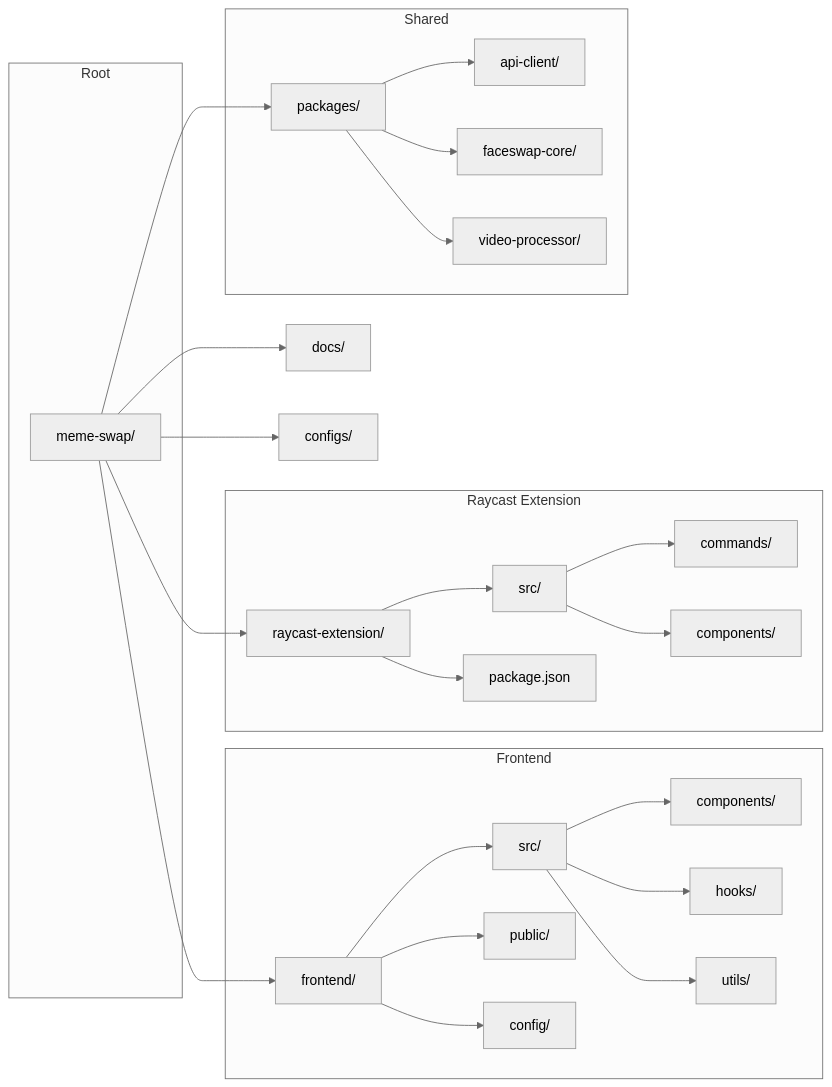
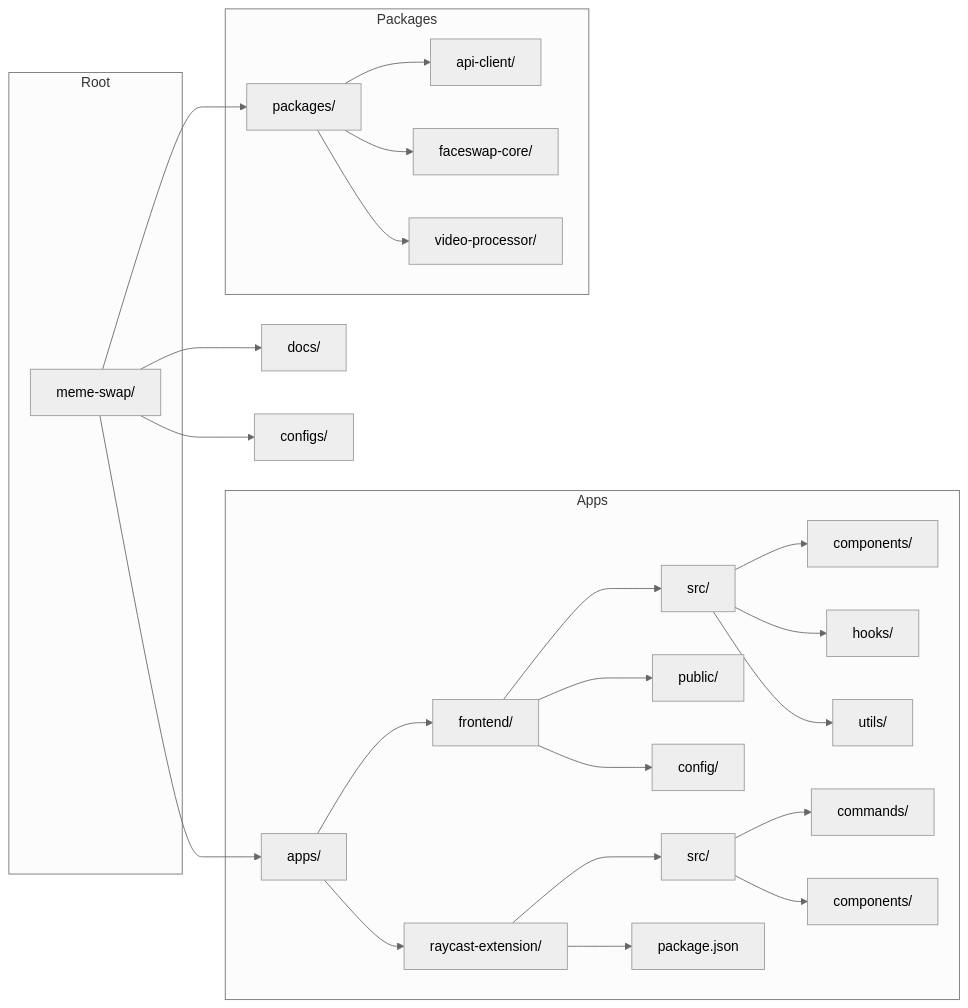
The third of 6 diagrams in README.md (Tlahey/meme-swap), drawn with Mermaid (neutral theme) before and after one commit. The commit also changed other lines of this file and 11 other files, not shown here.

First line of the commit message:
feat: reorganize monorepo structure with apps/ and packages/ folders

````diff
--- a/README.md
+++ b/README.md
@@ -129,34 +129,33 @@
 ```mermaid
 graph LR
     subgraph "Root"
         ROOT[meme-swap/]
     end
     
-    subgraph "Frontend"
-        ROOT --> FRONTEND[frontend/]
+    subgraph "Apps"
+        ROOT --> APPS[apps/]
+        APPS --> FRONTEND[frontend/]
         FRONTEND --> FE_SRC[src/]
         FE_SRC --> FE_COMP[components/]
         FE_SRC --> FE_HOOKS[hooks/]
         FE_SRC --> FE_UTILS[utils/]
         FRONTEND --> FE_PUB[public/]
         FRONTEND --> FE_CONF[config/]
-    end
-    
-    subgraph "Raycast Extension"
-        ROOT --> RAYCAST[raycast-extension/]
+        
+        APPS --> RAYCAST[raycast-extension/]
         RAYCAST --> RS_SRC[src/]
         RS_SRC --> RS_CMD[commands/]
         RS_SRC --> RS_COMP[components/]
         RAYCAST --> RS_CONF[package.json]
     end
     
-    subgraph "Shared"
-        ROOT --> SHARED[packages/]
-        SHARED --> PKG_API[api-client/]
-        SHARED --> PKG_FACESWAP[faceswap-core/]
-        SHARED --> PKG_VIDEO[video-processor/]
+    subgraph "Packages"
+        ROOT --> PACKAGES[packages/]
+        PACKAGES --> PKG_API[api-client/]
+        PACKAGES --> PKG_FACESWAP[faceswap-core/]
+        PACKAGES --> PKG_VIDEO[video-processor/]
     end
     
     ROOT --> DOCS[docs/]
     ROOT --> CONFIGS[configs/]
 ```
````
